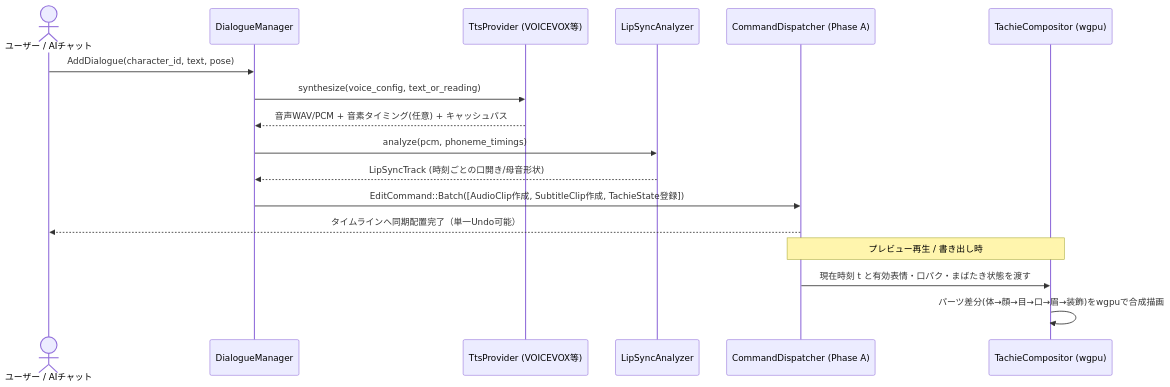
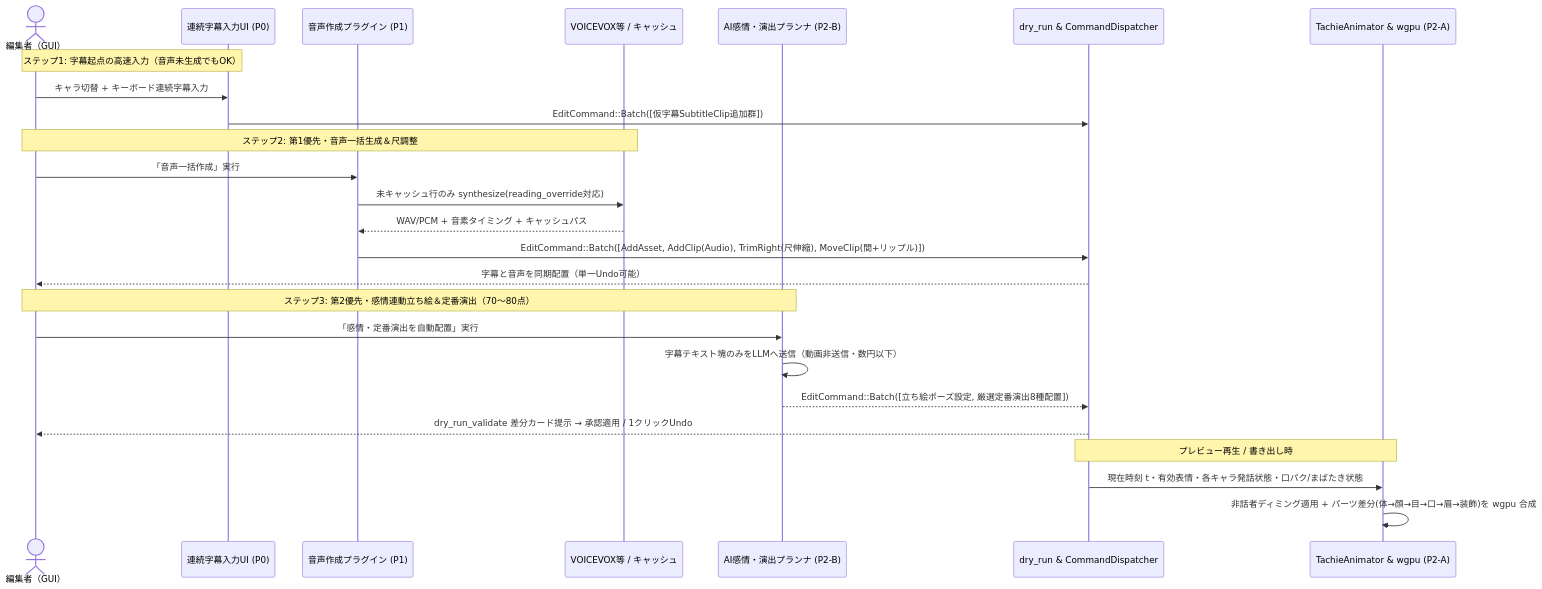
Before and after one commit to Seaoftrees08/sea-movie-creator: the diagram in dev-doc/001-yukkuri-live-module.md, drawn with Mermaid. The commit also changed other lines of this file and 9 other files, not shown here.

Commit message:
docs: add development documentation and roadmap files

````diff
--- a/dev-doc/001-yukkuri-live-module.md
+++ b/dev-doc/001-yukkuri-live-module.md
@@ -103,21 +126,31 @@
 ```mermaid
 sequenceDiagram
-    actor UserOrAI as ユーザー / AIチャット
-    participant Dialogue as DialogueManager
-    participant TTS as TtsProvider (VOICEVOX等)
-    participant LipSync as LipSyncAnalyzer
-    participant Timeline as CommandDispatcher (Phase A)
-    participant Tachie as TachieCompositor (wgpu)
+    actor User as 編集者（GUI）
+    participant Input as 連続字幕入力UI (P0)
+    participant BatchTTS as 音声作成プラグイン (P1)
+    participant TTS as VOICEVOX等 / キャッシュ
+    participant Director as AI感情・演出プランナ (P2-B)
+    participant Timeline as dry_run & CommandDispatcher
+    participant Tachie as TachieAnimator & wgpu (P2-A)
 
-    UserOrAI->>Dialogue: AddDialogue(character_id, text, pose)
-    Dialogue->>TTS: synthesize(voice_config, text_or_reading)
-    TTS-->>Dialogue: 音声WAV/PCM + 音素タイミング(任意) + キャッシュパス
-    Dialogue->>LipSync: analyze(pcm, phoneme_timings)
-    LipSync-->>Dialogue: LipSyncTrack (時刻ごとの口開き/母音形状)
-    Dialogue->>Timeline: EditCommand::Batch([AudioClip作成, SubtitleClip作成, TachieState登録])
-    Timeline-->>UserOrAI: タイムラインへ同期配置完了（単一Undo可能）
+    Note over User,Input: ステップ1: 字幕起点の高速入力（音声未生成でもOK）
+    User->>Input: キャラ切替 + キーボード連続字幕入力
+    Input->>Timeline: EditCommand::Batch([仮字幕SubtitleClip追加群])
+
+    Note over User,TTS: ステップ2: 第1優先・音声一括生成＆尺調整
+    User->>BatchTTS: 「音声一括作成」実行
+    BatchTTS->>TTS: 未キャッシュ行のみ synthesize(reading_override対応)
+    TTS-->>BatchTTS: WAV/PCM + 音素タイミング + キャッシュパス
+    BatchTTS->>Timeline: EditCommand::Batch([AddAsset, AddClip(Audio), TrimRight(尺伸縮), MoveClip(間+リップル)])
+    Timeline-->>User: 字幕と音声を同期配置（単一Undo可能）
+
+    Note over User,Director: ステップ3: 第2優先・感情連動立ち絵＆定番演出（70〜80点）
+    User->>Director: 「感情・定番演出を自動配置」実行
+    Director->>Director: 字幕テキスト塊のみをLLMへ送信（動画非送信・数円以下）
+    Director-->>Timeline: EditCommand::Batch([立ち絵ポーズ設定, 厳選定番演出8種配置])
+    Timeline-->>User: dry_run_validate 差分カード提示 → 承認適用 / 1クリックUndo
 
     Note over Tachie,Timeline: プレビュー再生 / 書き出し時
-    Timeline->>Tachie: 現在時刻 t と有効表情・口パク・まばたき状態を渡す
-    Tachie->>Tachie: パーツ差分(体→顔→目→口→眉→装飾)をwgpuで合成描画
+    Timeline->>Tachie: 現在時刻 t・有効表情・各キャラ発話状態・口パク/まばたき状態
+    Tachie->>Tachie: 非話者ディミング適用 + パーツ差分(体→顔→目→口→眉→装飾)を wgpu 合成
 ```
````
